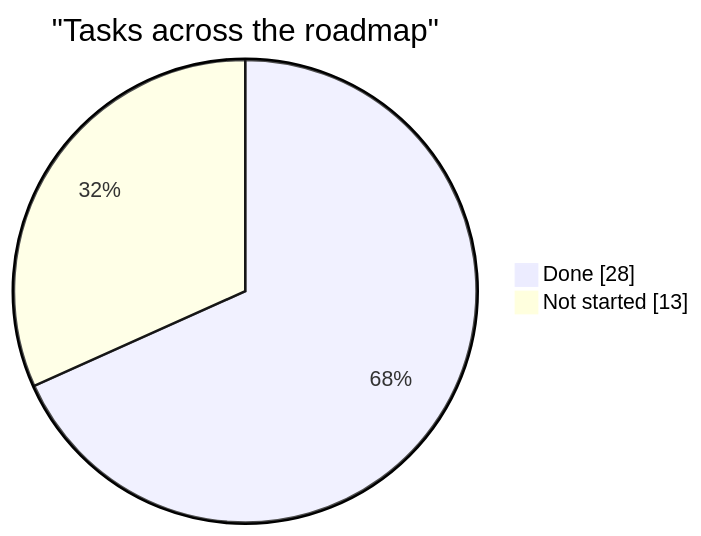
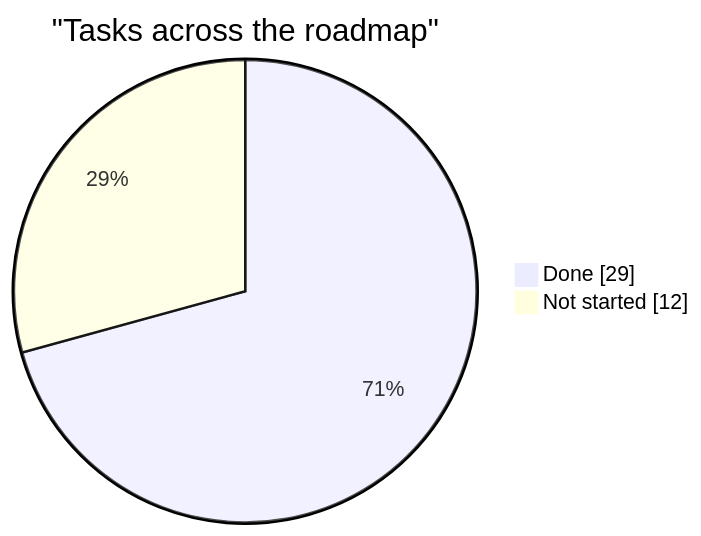
The diagram in docs/planning/status.md (AdamClemens/PyFlow), drawn with Mermaid before and after one commit. The commit also changed other lines of this file and 16 other files, not shown here.

````diff
--- a/docs/planning/status.md
+++ b/docs/planning/status.md
@@ -21,6 +21,6 @@
 ```mermaid
 pie showData
     title "Tasks across the roadmap"
-    "Done" : 28
-    "Not started" : 13
+    "Done" : 29
+    "Not started" : 12
 ```
````
